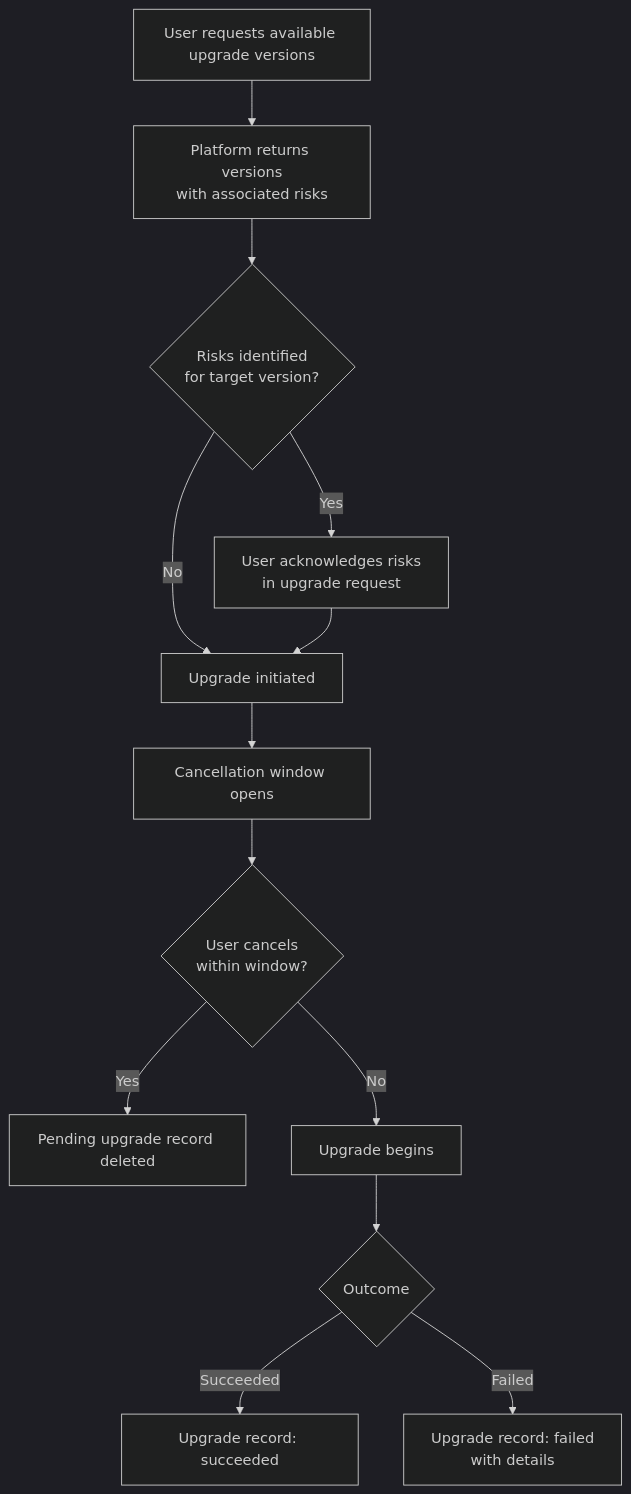
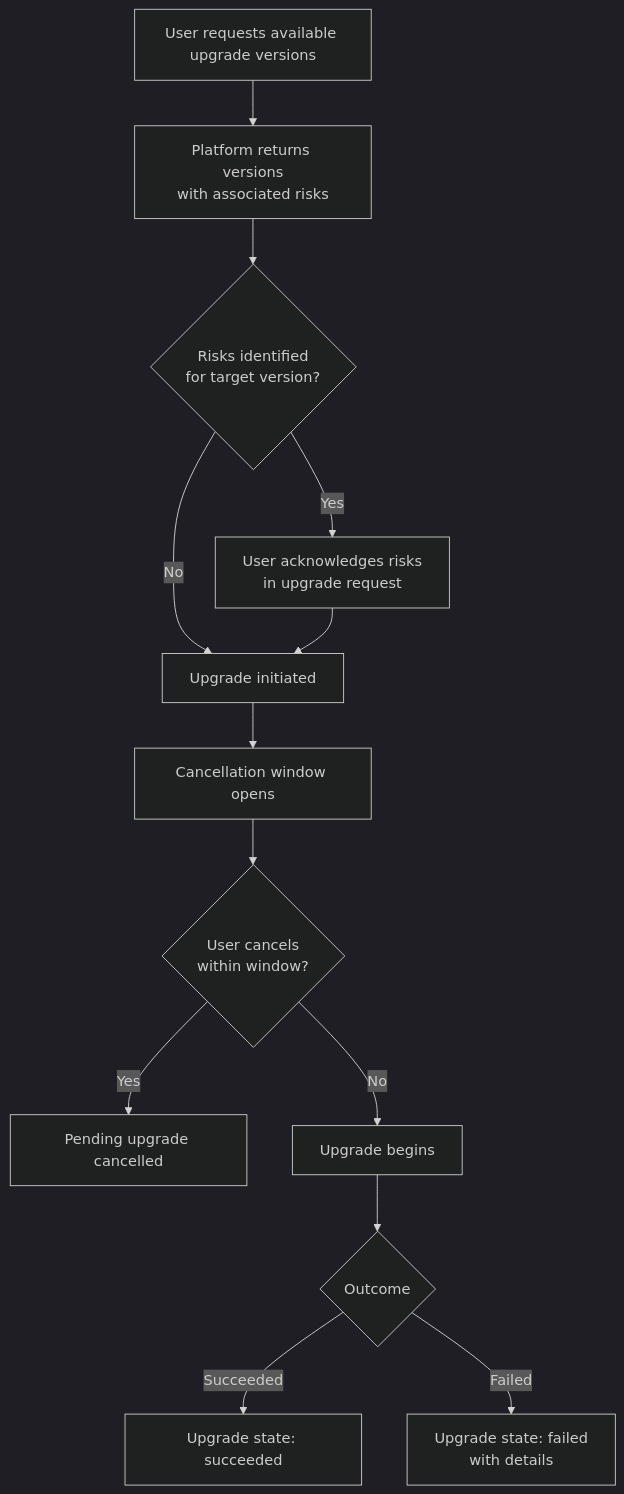
Before and after one commit to osac-project/enhancement-proposals: the diagram in enhancements/OSAC-1415-cluster-upgrade-caas/prd.md, drawn with Mermaid (dark theme). The commit also changed other lines of this file, not shown here.

````diff
--- a/enhancements/OSAC-1415-cluster-upgrade-caas/prd.md
+++ b/enhancements/OSAC-1415-cluster-upgrade-caas/prd.md
@@ -83,15 +82,15 @@
 ```mermaid
 flowchart TD
     A[User requests available upgrade versions] --> B[Platform returns versions\nwith associated risks]
     B --> C{Risks identified\nfor target version?}
     C -- Yes --> D[User acknowledges risks\nin upgrade request]
     C -- No --> E[Upgrade initiated]
     D --> E
     E --> F[Cancellation window opens]
     F --> G{User cancels\nwithin window?}
-    G -- Yes --> H[Pending upgrade record deleted]
+    G -- Yes --> H[Pending upgrade cancelled]
     G -- No --> I[Upgrade begins]
     I --> J{Outcome}
-    J -- Succeeded --> K[Upgrade record: succeeded]
-    J -- Failed --> L[Upgrade record: failed\nwith details]
+    J -- Succeeded --> K[Upgrade state: succeeded]
+    J -- Failed --> L[Upgrade state: failed\nwith details]
 ```
````
